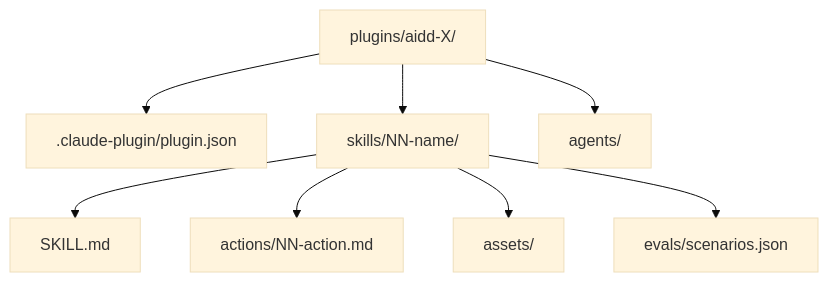
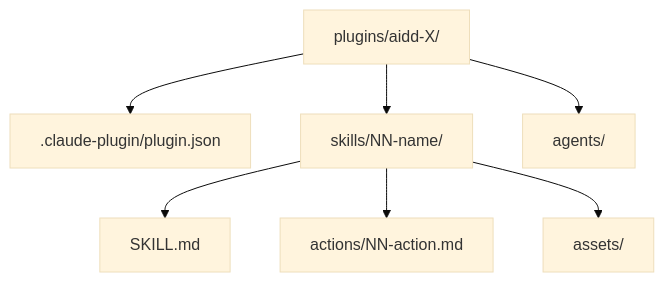
One commit to igounton/framework changed the second of 4 diagrams in aidd_docs/memory/architecture.md. Above: the diagram before and after it, drawn with Mermaid (base theme). The commit also changed 76 other files, not shown here.

````diff
--- a/aidd_docs/memory/architecture.md
+++ b/aidd_docs/memory/architecture.md
@@ -39,10 +39,9 @@
 ```mermaid
 flowchart TD
     Plugin["plugins/aidd-X/"] --> ClaudePlugin[".claude-plugin/plugin.json"]
     Plugin --> Skills["skills/NN-name/"]
     Plugin --> Agents["agents/"]
     Skills --> SkillMd["SKILL.md"]
     Skills --> Actions["actions/NN-action.md"]
     Skills --> Assets["assets/"]
-    Skills --> Evals["evals/scenarios.json"]
 ```
````
